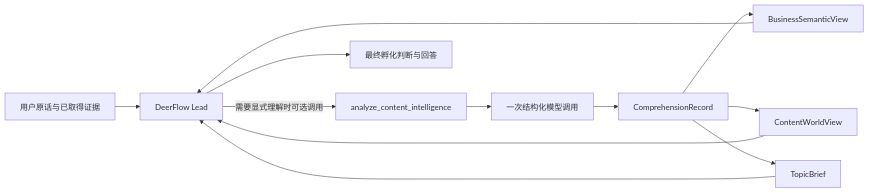
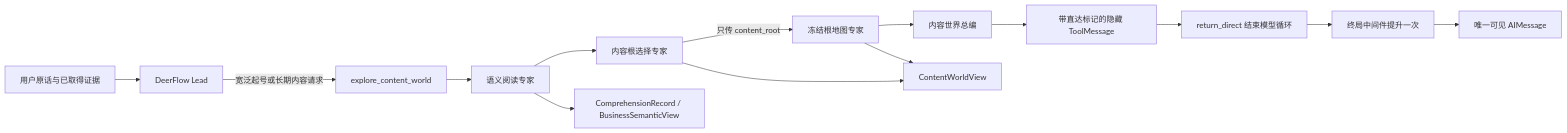
Before and after one commit to yangshengguo46-stack/marketing-system-v6: the diagram in docs/content-intelligence-v6/ARCHITECTURE.md, drawn with Mermaid. The commit also changed other lines of this file and 18 other files, not shown here.

Commit message:
feat: add bounded content-world specialist chain

````diff
--- a/docs/content-intelligence-v6/ARCHITECTURE.md
+++ b/docs/content-intelligence-v6/ARCHITECTURE.md
@@ -7,14 +7,16 @@
 ```mermaid
 flowchart LR
     U["用户原话与已取得证据"] --> L["DeerFlow Lead"]
-    L -->|"需要显式理解时可选调用"| A["analyze_content_intelligence"]
-    A --> M["一次结构化模型调用"]
-    M --> R["ComprehensionRecord"]
-    R --> S["BusinessSemanticView"]
-    R --> C["ContentWorldView"]
-    R --> T["TopicBrief"]
-    S --> L
-    C --> L
-    T --> L
-    L --> O["最终孵化判断与回答"]
+    L -->|"宽泛起号或长期内容请求"| A["explore_content_world"]
+    A --> S["语义阅读专家"]
+    S --> R["内容根选择专家"]
+    R -->|"只传 content_root"| M["冻结根地图专家"]
+    M --> E["内容世界总编"]
+    E --> T["带直达标记的隐藏 ToolMessage"]
+    T --> X["return_direct 结束模型循环"]
+    X --> P["终局中间件提升一次"]
+    P --> O["唯一可见 AIMessage"]
+    S --> C["ComprehensionRecord / BusinessSemanticView"]
+    R --> W["ContentWorldView"]
+    M --> W
 ```
````
